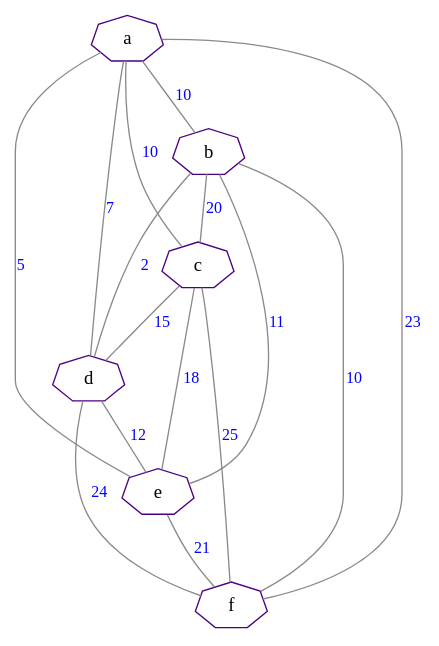
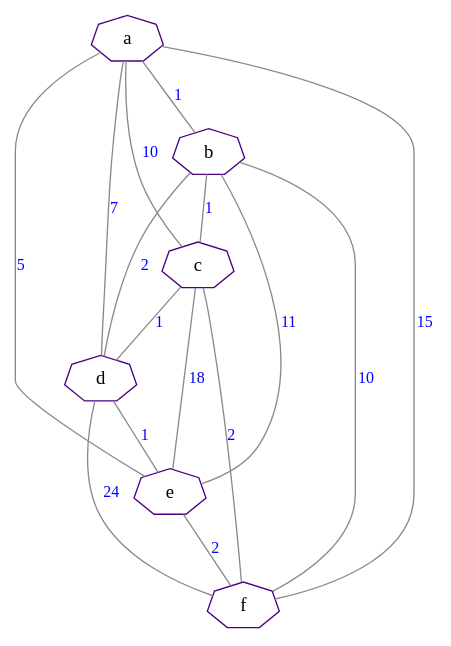
The diagram in lab_06/src/graph/graph.gv (Sunshine-ki/BMSTU5_AA), drawn with Graphviz before and after one commit. The commit also changed 8 other files, not shown here.

```diff
--- a/lab_06/src/graph/graph.gv
+++ b/lab_06/src/graph/graph.gv
@@ -1,21 +1,21 @@
 graph G
 {
     edge[color="gray54",fontcolor="blue",fontsize=12, len=3];
     node[color="indigo",fontsize=14, shape="septagon"];
 
-    a -- b [label="10"];
-    b -- c [label="20"];
-    c -- d [label="15"];
-    d -- e [label="12"];
-    e -- f [label="21"];
-    a -- f [label="23"];
+    a -- b [label="1"];
+    b -- c [label="1"];
+    c -- d [label="1"];
+    d -- e [label="1"];
+    e -- f [label="2"];
+    a -- f [label="15"];
     a -- c [label="10"];
     a -- d [label="7"];
     a -- e [label="5"];
     b -- d [label="2"];
     b -- e [label="11"];
     b -- f [label="10"];
     c -- e [label="18"];
-    c -- f [label="25"];
+    c -- f [label="2"];
     d -- f [label="24"];
 }
```
